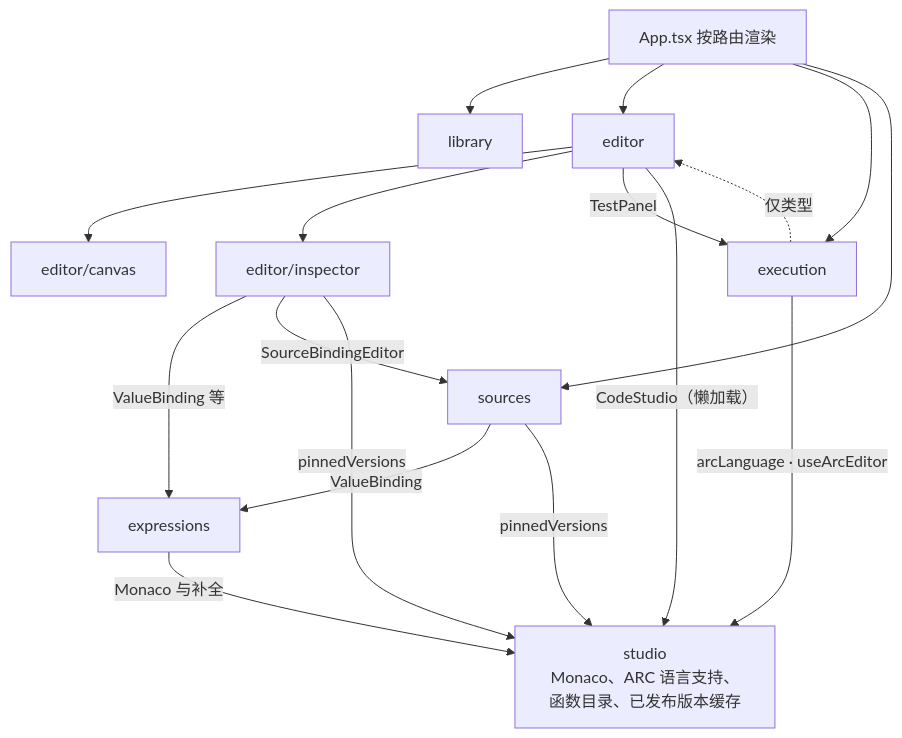
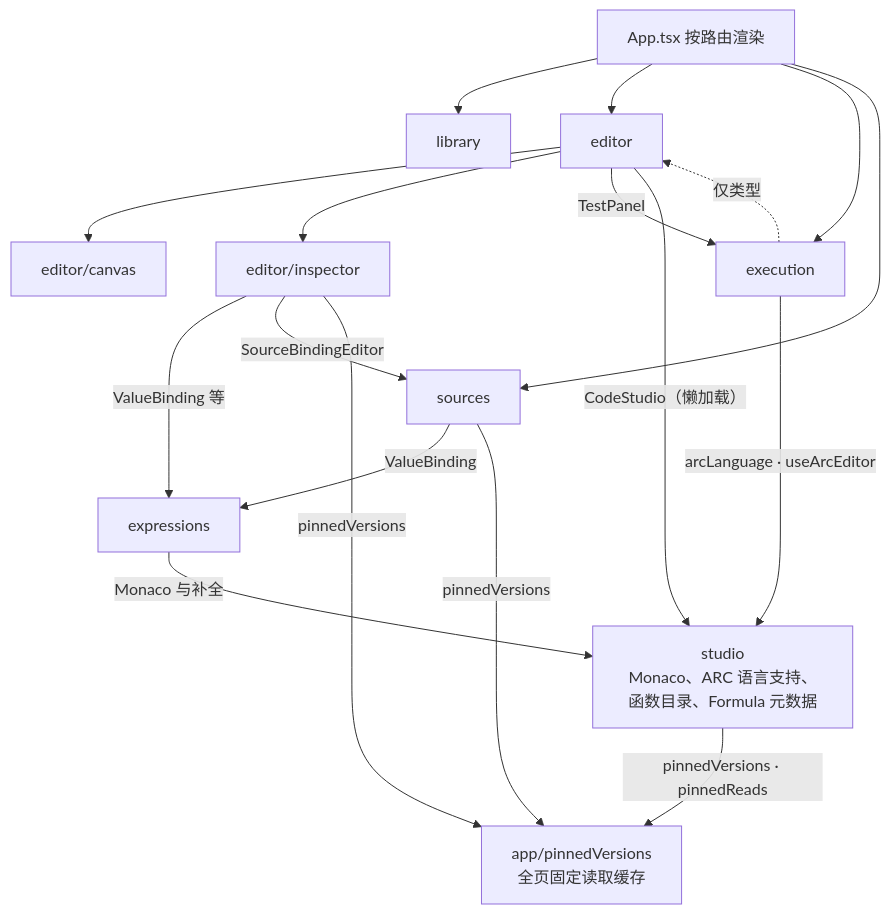
The third of 3 diagrams in docs/frontend-guide.md (SoooEZ/arc), drawn with Mermaid before and after one commit. The commit also changed other lines of this file and 8 other files, not shown here.

````diff
--- a/docs/frontend-guide.md
+++ b/docs/frontend-guide.md
@@ -59,16 +59,18 @@
 ```mermaid
 flowchart TB
   App["App.tsx 按路由渲染"] --> library & editor & execution & sources
   editor --> canvas["editor/canvas"] & inspector["editor/inspector"]
   editor -->|"TestPanel"| execution
   editor -->|"CodeStudio（懒加载）"| studio
   execution -.->|"仅类型"| editor
   inspector -->|"ValueBinding 等"| expressions
   inspector -->|"SourceBindingEditor"| sources
-  inspector -->|"pinnedVersions"| studio
   sources -->|"ValueBinding"| expressions
-  sources -->|"pinnedVersions"| studio
   expressions -->|"Monaco 与补全"| studio
   execution -->|"arcLanguage · useArcEditor"| studio
-  studio["studio<br/>Monaco、ARC 语言支持、函数目录、已发布版本缓存"]
+  inspector -->|"pinnedVersions"| caches
+  sources -->|"pinnedVersions"| caches
+  studio -->|"pinnedVersions · pinnedReads"| caches
+  studio["studio<br/>Monaco、ARC 语言支持、函数目录、Formula 元数据"]
+  caches["app/pinnedVersions<br/>全页固定读取缓存"]
 ```
````
